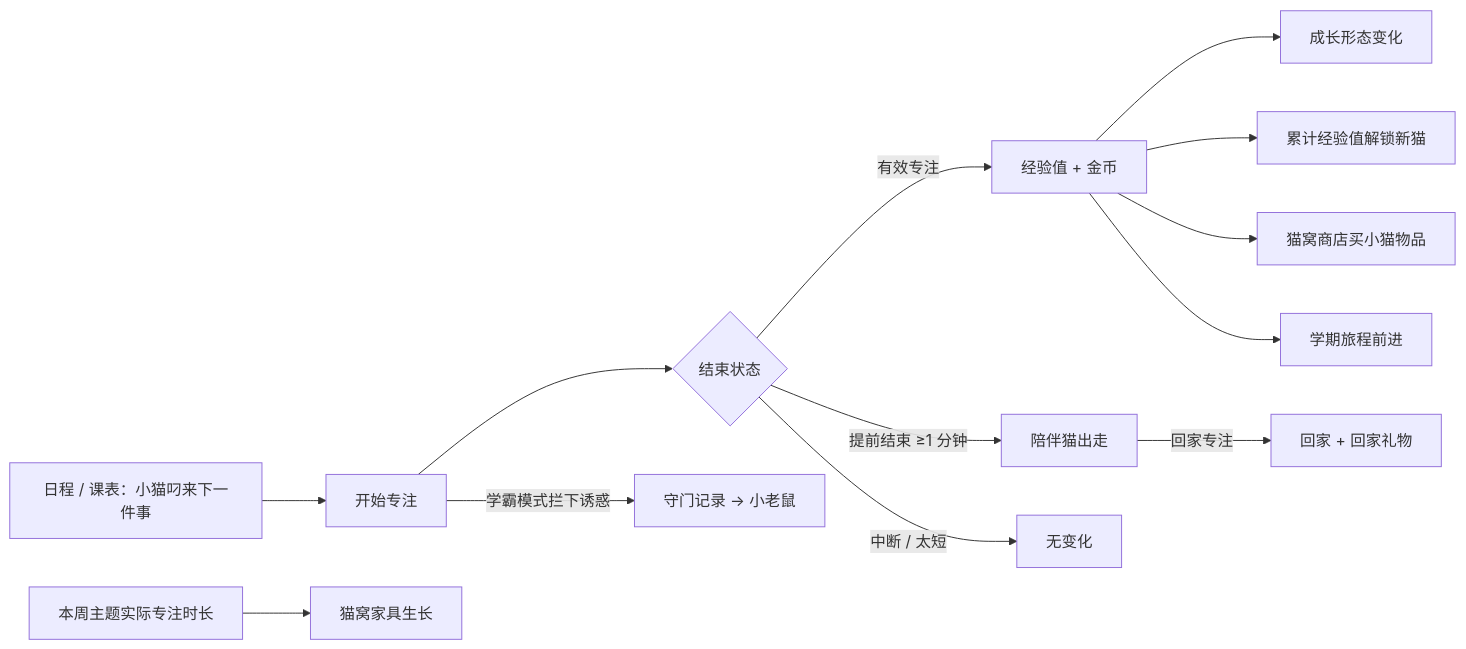
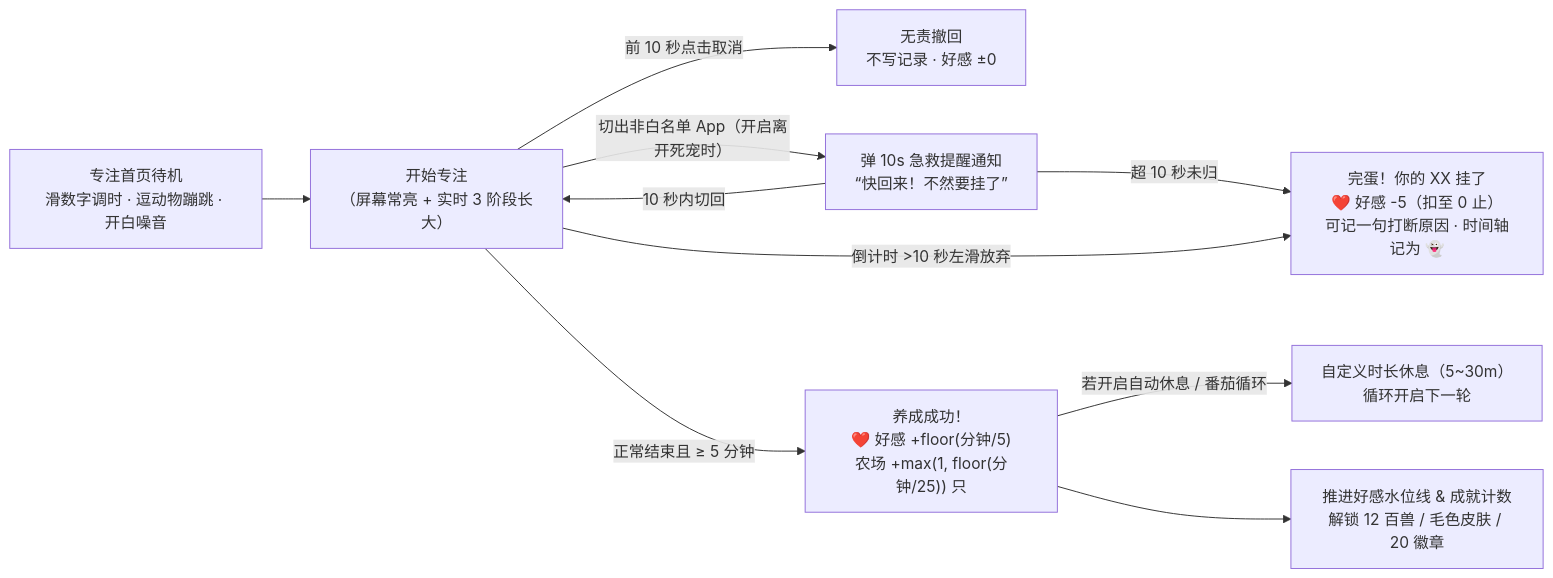
The diagram in docs/cat-companion-plan.md (cjx-bc/kitten-focus), drawn with Mermaid before and after one commit. The commit also changed other lines of this file and 4 other files, not shown here.

````diff
--- a/docs/cat-companion-plan.md
+++ b/docs/cat-companion-plan.md
@@ -152,15 +49,12 @@
 ```mermaid
 flowchart LR
-  P["日程 / 课表：小猫叼来下一件事"] --> F["开始专注"]
-  F --> R{"结束状态"}
-  R -->|"有效专注"| X["经验值 + 金币"]
-  R -->|"提前结束 ≥1 分钟"| O["陪伴猫出走"]
-  R -->|"中断 / 太短"| N["无变化"]
-  O -->|"回家专注"| H["回家 + 回家礼物"]
-  X --> G["成长形态变化"]
-  X --> U["累计经验值解锁新猫"]
-  X --> S["猫窝商店买小猫物品"]
-  X --> J["学期旅程前进"]
-  F -->|"学霸模式拦下诱惑"| M["守门记录 → 小老鼠"]
-  T["本周主题实际专注时长"] --> W["猫窝家具生长"]
+  H["专注首页待机<br/>滑数字调时 · 逗动物蹦跳 · 开白噪音"] --> R["开始专注<br/>（屏幕常亮 + 实时 3 阶段长大）"]
+  R -->|"前 10 秒点击取消"| C["无责撤回<br/>不写记录 · 好感 ±0"]
+  R -->|"切出非白名单 App（开启离开死宠时）"| W1["弹 10s 急救提醒通知<br/>“快回来！不然要挂了”"]
+  W1 -->|"10 秒内切回"| R
+  W1 -->|"超 10 秒未归"| F
+  R -->|"倒计时 >10 秒左滑放弃"| F["完蛋！你的 XX 挂了<br/>❤️ 好感 -5（扣至 0 止）<br/>可记一句打断原因 · 时间轴记为 👻"]
+  R -->|"正常结束且 ≥ 5 分钟"| S["养成成功！<br/>❤️ 好感 +floor(分钟/5)<br/>农场 +max(1, floor(分钟/25)) 只"]
+  S -->|"若开启自动休息 / 番茄循环"| B["自定义时长休息（5~30m）<br/>循环开启下一轮"]
+  S --> U["推进好感水位线 & 成就计数<br/>解锁 12 百兽 / 毛色皮肤 / 20 徽章"]
 ```
````
